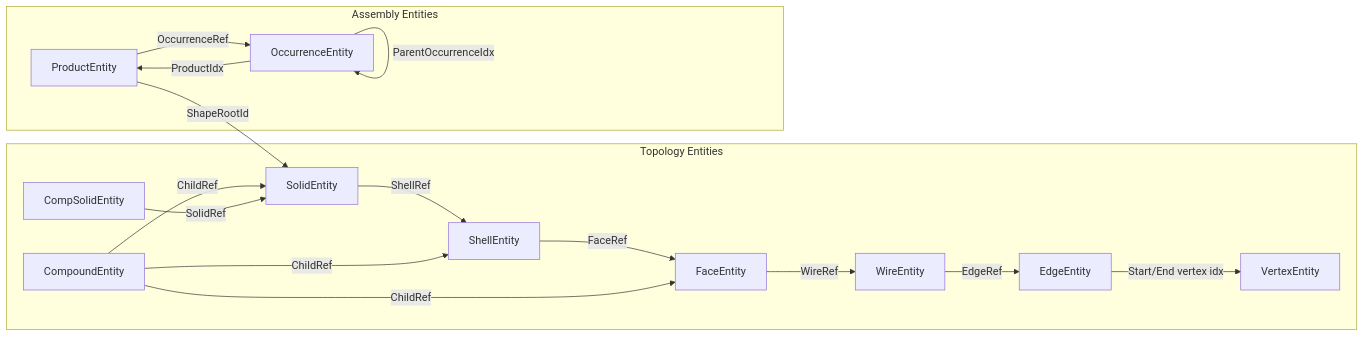
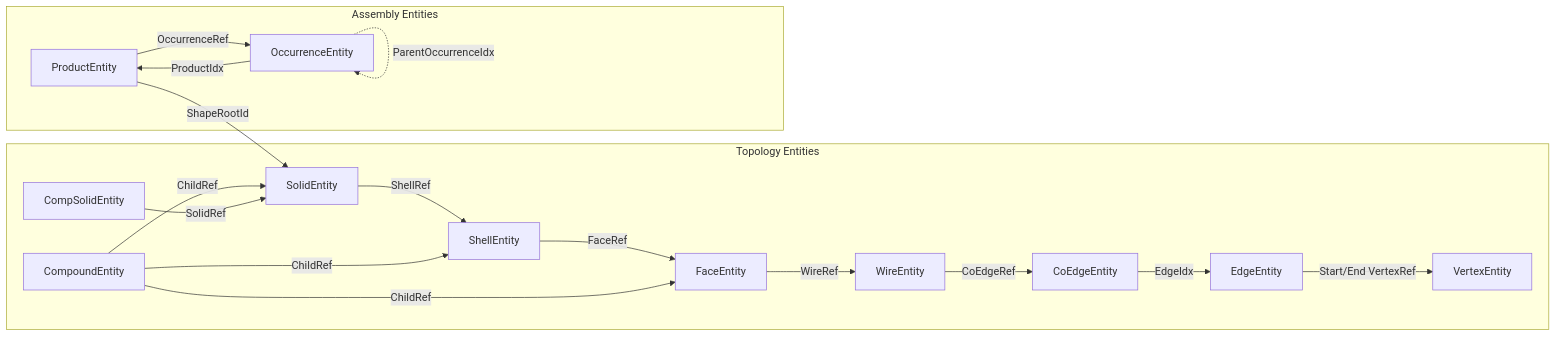
Before and after one commit to Open-Cascade-SAS/OCCT: the second of 5 diagrams in src/ModelingData/TKBRep/BRepGraphInc/README.md, drawn with Mermaid. The commit also changed other lines of this file and 3 other files, not shown here.

First line of the commit message:
Refactor BRepGraphInc architecture and documentation

````diff
--- a/src/ModelingData/TKBRep/BRepGraphInc/README.md
+++ b/src/ModelingData/TKBRep/BRepGraphInc/README.md
@@ -36,33 +41,35 @@
 ```mermaid
 flowchart LR
-	subgraph Topology Entities
-		V[VertexEntity]
-		E[EdgeEntity]
-		W[WireEntity]
-		F[FaceEntity]
-		SH[ShellEntity]
-		SO[SolidEntity]
-		CO[CompoundEntity]
-		CS[CompSolidEntity]
-	end
+  subgraph Topology Entities
+    V[VertexEntity]
+    E[EdgeEntity]
+    CE[CoEdgeEntity]
+    W[WireEntity]
+    F[FaceEntity]
+    SH[ShellEntity]
+    SO[SolidEntity]
+    CO[CompoundEntity]
+    CS[CompSolidEntity]
+  end
 
-	subgraph Assembly Entities
-		PR[ProductEntity]
-		OC[OccurrenceEntity]
-	end
+  subgraph Assembly Entities
+    PR[ProductEntity]
+    OC[OccurrenceEntity]
+  end
 
-	F -->|WireRef| W
-	W -->|EdgeRef| E
-	E -->|Start/End vertex idx| V
-	SH -->|FaceRef| F
-	SO -->|ShellRef| SH
-	CO -->|ChildRef| SO
-	CO -->|ChildRef| SH
-	CO -->|ChildRef| F
-	CS -->|SolidRef| SO
+  F -->|WireRef| W
+  W -->|CoEdgeRef| CE
+  CE -->|EdgeIdx| E
+  E -->|Start/End VertexRef| V
+  SH -->|FaceRef| F
+  SO -->|ShellRef| SH
+  CO -->|ChildRef| SO
+  CO -->|ChildRef| SH
+  CO -->|ChildRef| F
+  CS -->|SolidRef| SO
 
-	PR -->|OccurrenceRef| OC
-	PR -->|ShapeRootId| SO
-	OC -->|ProductIdx| PR
-	OC -->|ParentOccurrenceIdx| OC
+  PR -->|OccurrenceRef| OC
+  PR -->|ShapeRootId| SO
+  OC -->|ProductIdx| PR
+  OC -.->|ParentOccurrenceIdx| OC
 ```
````
